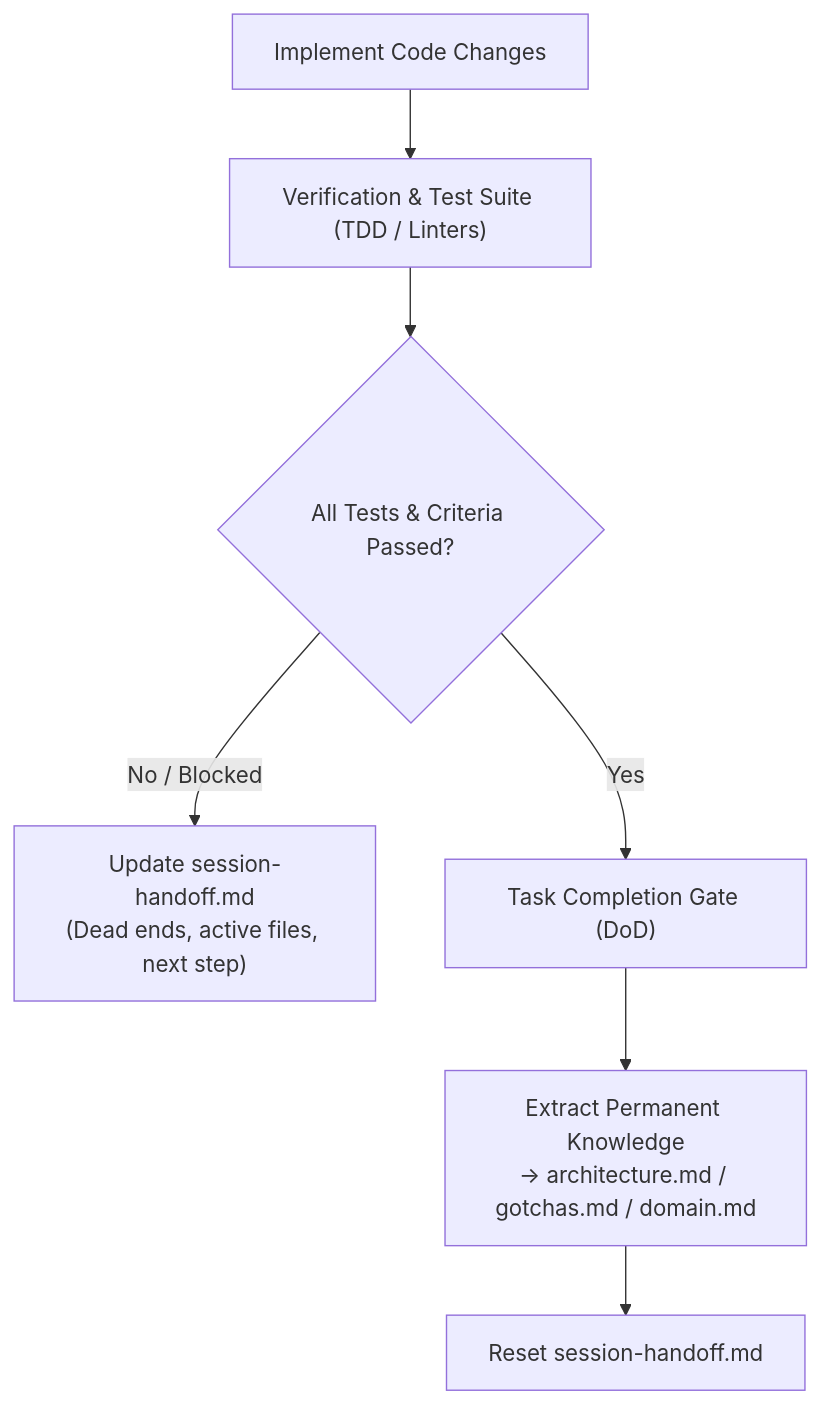
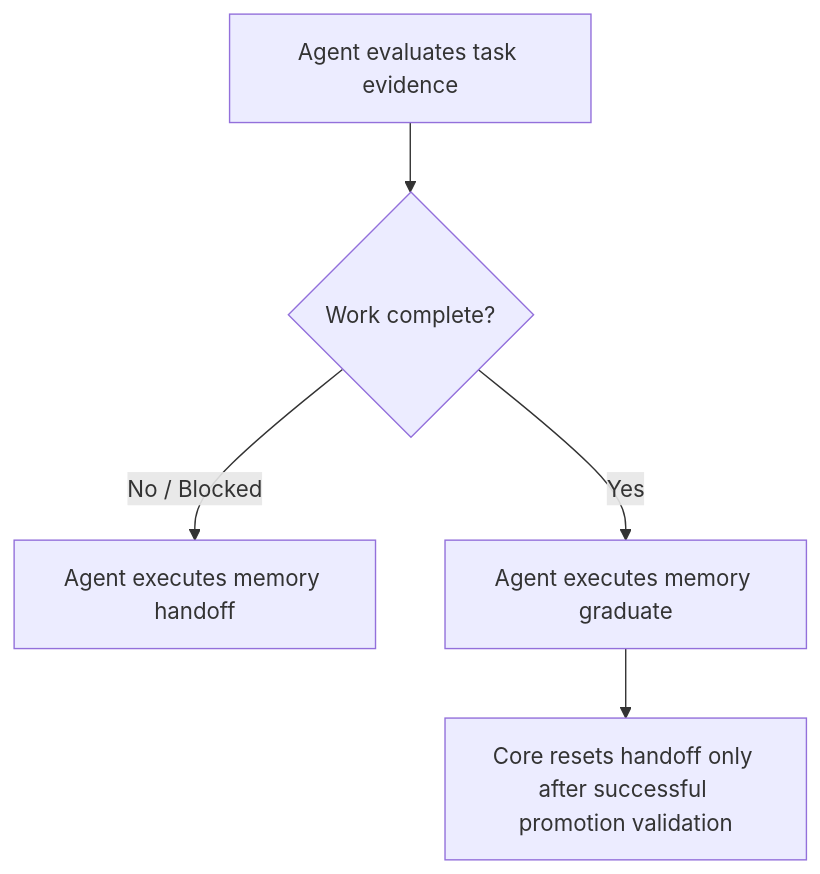
The second of 2 diagrams in docs/project-memory-lifecycle-guide.md (hvtrk/ai-skills), drawn with Mermaid before and after one commit. The commit also changed other lines of this file and 24 other files, not shown here.

First line of the commit message:
feat(memory): implement deterministic Memory Core CLI, multi-harness adapters, and cross-platform test suite

````diff
--- a/docs/project-memory-lifecycle-guide.md
+++ b/docs/project-memory-lifecycle-guide.md
@@ -87,9 +137,7 @@
 ```mermaid
 flowchart TD
-    A["Implement Code Changes"] --> B["Verification & Test Suite (TDD / Linters)"]
-    B --> C{"All Tests & Criteria Passed?"}
-    C -->|No / Blocked| D["Update session-handoff.md<br>(Dead ends, active files, next step)"]
-    C -->|Yes| E["Task Completion Gate (DoD)"]
-    E --> F["Extract Permanent Knowledge<br>→ architecture.md / gotchas.md / domain.md"]
-    F --> G["Reset session-handoff.md"]
+    A["Agent evaluates task evidence"] --> B{"Work complete?"}
+    B -->|No / Blocked| C["Agent executes memory handoff"]
+    B -->|Yes| D["Agent executes memory graduate"]
+    D --> E["Core resets handoff only after successful promotion validation"]
 ```
````
